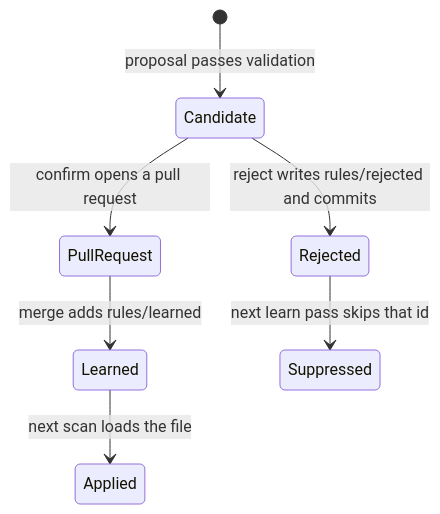
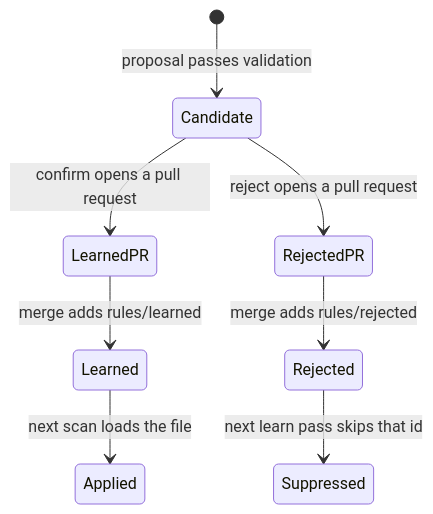
Before and after one commit to nunombispo/bad-code-patterns-scanner: the third of 4 diagrams in docs/architecture.md, drawn with Mermaid. The commit also changed other lines of this file and 6 other files, not shown here.

First line of the commit message:
Open a pull request when a pattern is rejected.

````diff
--- a/docs/architecture.md
+++ b/docs/architecture.md
@@ -109,9 +109,10 @@
 ```mermaid
 stateDiagram-v2
   [*] --> Candidate: proposal passes validation
-  Candidate --> PullRequest: confirm opens a pull request
-  PullRequest --> Learned: merge adds rules/learned
-  Candidate --> Rejected: reject writes rules/rejected and commits
+  Candidate --> LearnedPR: confirm opens a pull request
+  Candidate --> RejectedPR: reject opens a pull request
+  LearnedPR --> Learned: merge adds rules/learned
+  RejectedPR --> Rejected: merge adds rules/rejected
   Learned --> Applied: next scan loads the file
   Rejected --> Suppressed: next learn pass skips that id
 ```
````
